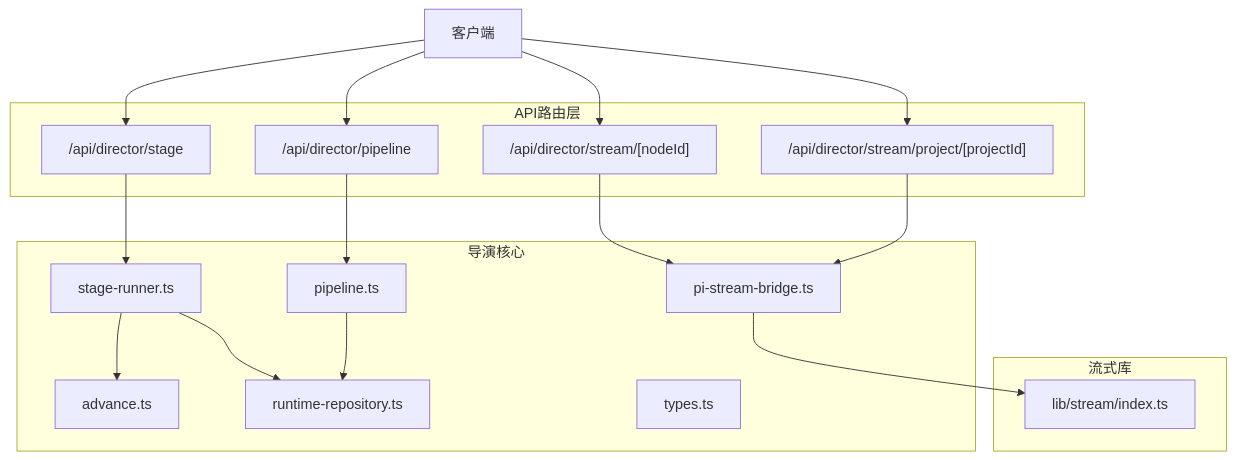
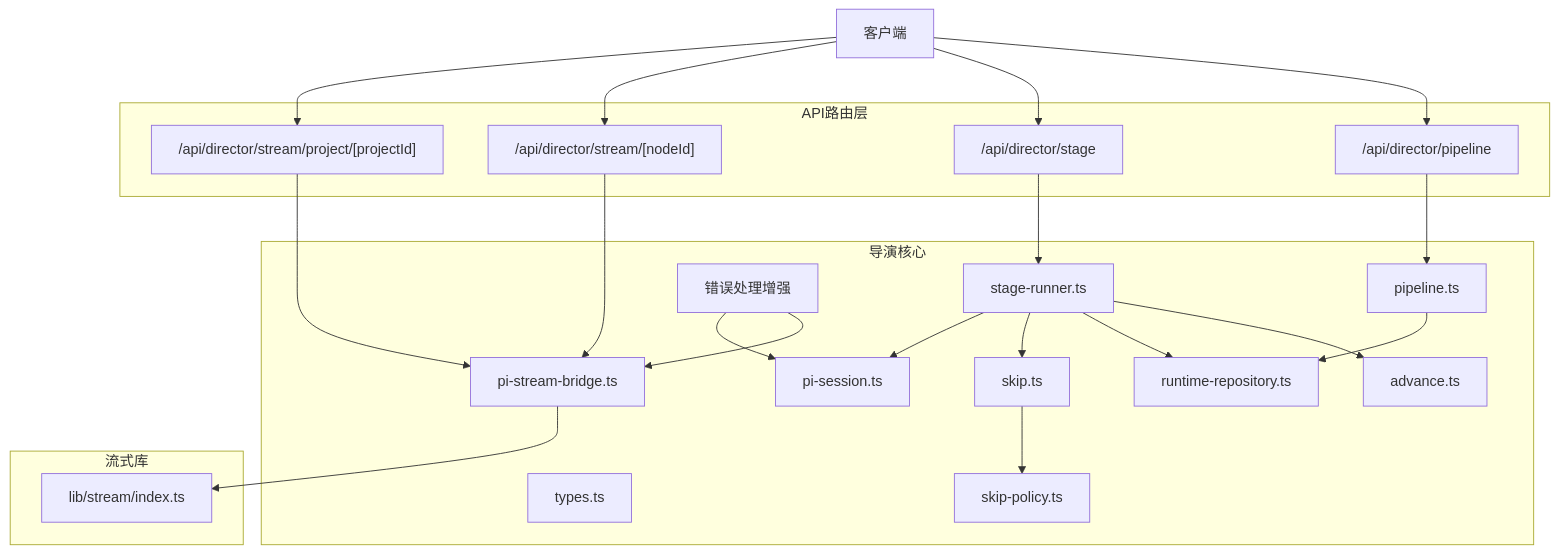
The first of 7 diagrams in .qoder/repowiki/zh/content/API参考/导演系统API/导演系统API.md (scottcwy/PurpleInk), drawn with Mermaid before and after one commit. The commit also changed other lines of this file and 109 other files, not shown here.

````diff
--- a/.qoder/repowiki/zh/content/API参考/导演系统API/导演系统API.md
+++ b/.qoder/repowiki/zh/content/API参考/导演系统API/导演系统API.md
@@ -39,32 +52,41 @@
 ```mermaid
 graph TB
 Client["客户端"] --> API_Pipeline["/api/director/pipeline"]
 Client --> API_Stage["/api/director/stage"]
 Client --> API_Stream_Node["/api/director/stream/[nodeId]"]
 Client --> API_Stream_Project["/api/director/stream/project/[projectId]"]
 subgraph "API路由层"
 API_Pipeline
 API_Stage
 API_Stream_Node
 API_Stream_Project
 end
 subgraph "导演核心"
 Pipeline["pipeline.ts"]
 StageRunner["stage-runner.ts"]
 Advance["advance.ts"]
 RuntimeRepo["runtime-repository.ts"]
 Types["types.ts"]
 StreamBridge["pi-stream-bridge.ts"]
+PiSession["pi-session.ts"]
+Skip["skip.ts"]
+SkipPolicy["skip-policy.ts"]
+ErrorEnhancement["错误处理增强"]
 end
 subgraph "流式库"
 StreamLib["lib/stream/index.ts"]
 end
 API_Pipeline --> Pipeline
 API_Stage --> StageRunner
 API_Stream_Node --> StreamBridge
 API_Stream_Project --> StreamBridge
 StreamBridge --> StreamLib
 StageRunner --> Advance
 StageRunner --> RuntimeRepo
+StageRunner --> Skip
+StageRunner --> PiSession
+Skip --> SkipPolicy
 Pipeline --> RuntimeRepo
+ErrorEnhancement --> StreamBridge
+ErrorEnhancement --> PiSession
 ```
````
